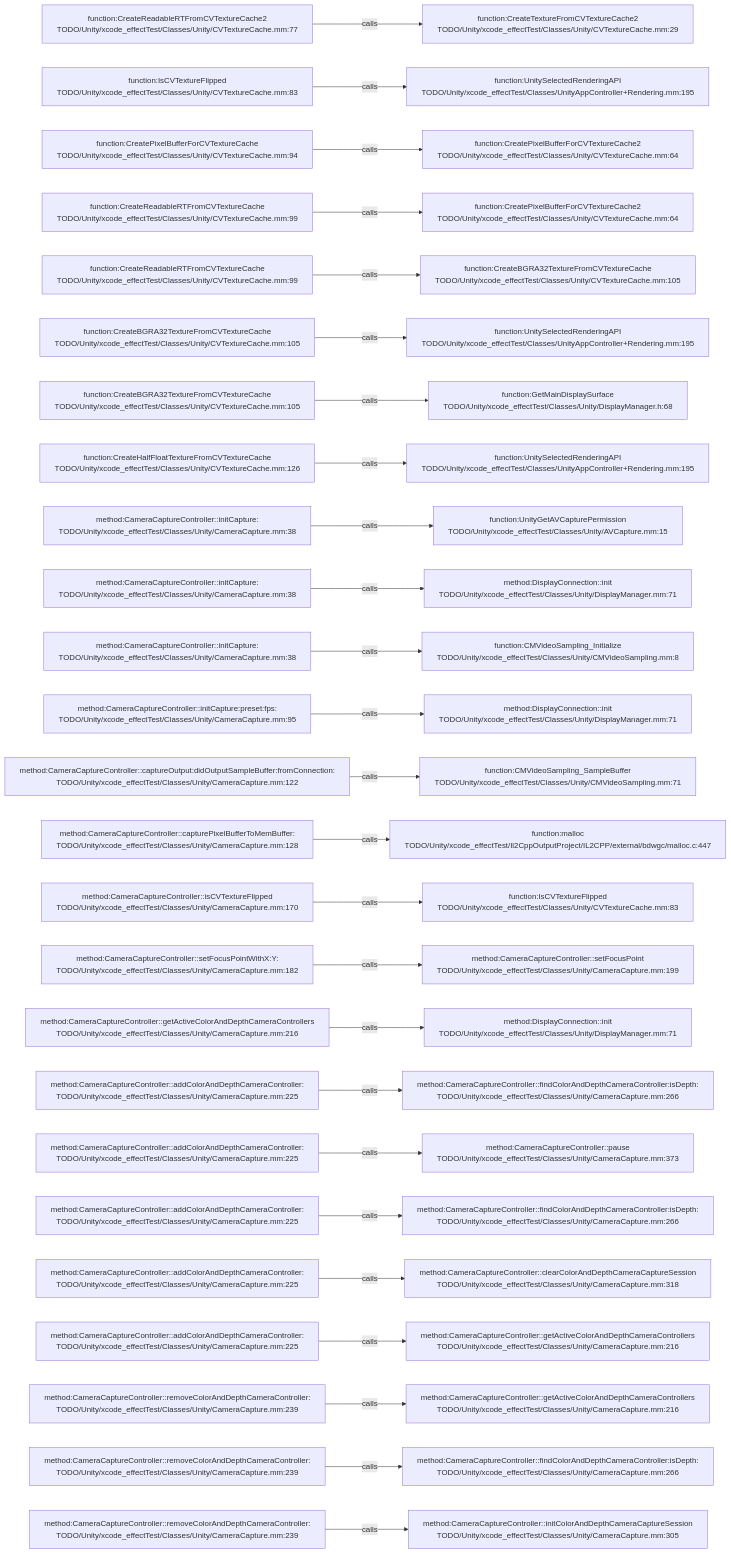
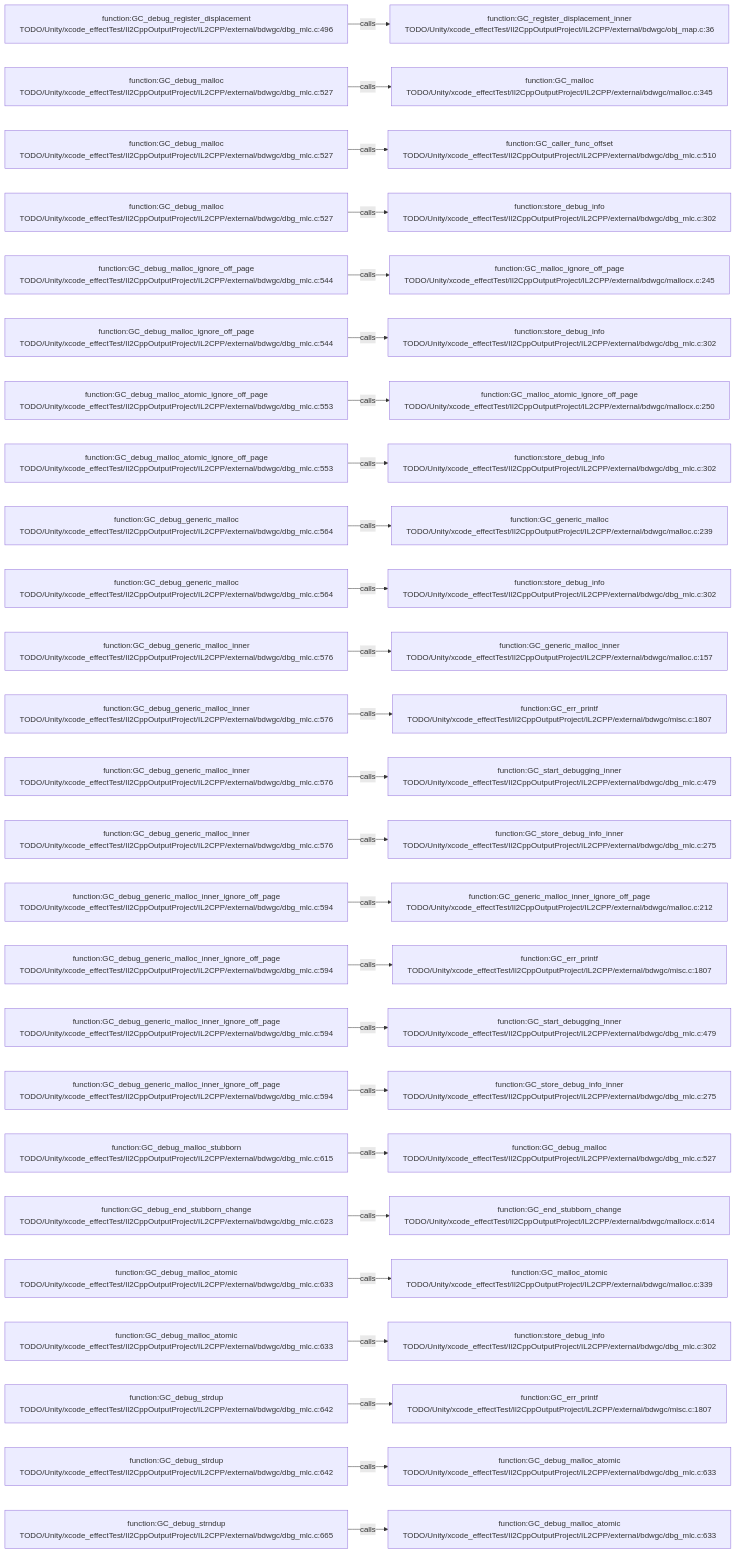
The diagram in .codegraph/codegraph.md/graphs/calls-100.md (JobsKits/JobsSwiftBaseConfigDemo), drawn with Mermaid before and after one commit. The commit also changed 227 other files, not shown here.

````diff
--- a/.codegraph/codegraph.md/graphs/calls-100.md
+++ b/.codegraph/codegraph.md/graphs/calls-100.md
@@ -13,78 +13,78 @@
 ```mermaid
 flowchart LR
-  S1["function:CreateReadableRTFromCVTextureCache2<br/>TODO/Unity/xcode_effectTest/Classes/Unity/CVTextureCache.mm:77"]
-  T1["function:CreateTextureFromCVTextureCache2<br/>TODO/Unity/xcode_effectTest/Classes/Unity/CVTextureCache.mm:29"]
+  S1["function:GC_debug_register_displacement<br/>TODO/Unity/xcode_effectTest/Il2CppOutputProject/IL2CPP/external/bdwgc/dbg_mlc.c:496"]
+  T1["function:GC_register_displacement_inner<br/>TODO/Unity/xcode_effectTest/Il2CppOutputProject/IL2CPP/external/bdwgc/obj_map.c:36"]
   S1 -->|calls| T1
-  S2["function:IsCVTextureFlipped<br/>TODO/Unity/xcode_effectTest/Classes/Unity/CVTextureCache.mm:83"]
-  T2["function:UnitySelectedRenderingAPI<br/>TODO/Unity/xcode_effectTest/Classes/UnityAppController+Rendering.mm:195"]
+  S2["function:GC_debug_malloc<br/>TODO/Unity/xcode_effectTest/Il2CppOutputProject/IL2CPP/external/bdwgc/dbg_mlc.c:527"]
+  T2["function:GC_malloc<br/>TODO/Unity/xcode_effectTest/Il2CppOutputProject/IL2CPP/external/bdwgc/malloc.c:345"]
   S2 -->|calls| T2
-  S3["function:CreatePixelBufferForCVTextureCache<br/>TODO/Unity/xcode_effectTest/Classes/Unity/CVTextureCache.mm:94"]
-  T3["function:CreatePixelBufferForCVTextureCache2<br/>TODO/Unity/xcode_effectTest/Classes/Unity/CVTextureCache.mm:64"]
+  S3["function:GC_debug_malloc<br/>TODO/Unity/xcode_effectTest/Il2CppOutputProject/IL2CPP/external/bdwgc/dbg_mlc.c:527"]
+  T3["function:GC_caller_func_offset<br/>TODO/Unity/xcode_effectTest/Il2CppOutputProject/IL2CPP/external/bdwgc/dbg_mlc.c:510"]
   S3 -->|calls| T3
-  S4["function:CreateReadableRTFromCVTextureCache<br/>TODO/Unity/xcode_effectTest/Classes/Unity/CVTextureCache.mm:99"]
-  T4["function:CreatePixelBufferForCVTextureCache2<br/>TODO/Unity/xcode_effectTest/Classes/Unity/CVTextureCache.mm:64"]
+  S4["function:GC_debug_malloc<br/>TODO/Unity/xcode_effectTest/Il2CppOutputProject/IL2CPP/external/bdwgc/dbg_mlc.c:527"]
+  T4["function:store_debug_info<br/>TODO/Unity/xcode_effectTest/Il2CppOutputProject/IL2CPP/external/bdwgc/dbg_mlc.c:302"]
   S4 -->|calls| T4
-  S5["function:CreateReadableRTFromCVTextureCache<br/>TODO/Unity/xcode_effectTest/Classes/Unity/CVTextureCache.mm:99"]
-  T5["function:CreateBGRA32TextureFromCVTextureCache<br/>TODO/Unity/xcode_effectTest/Classes/Unity/CVTextureCache.mm:105"]
+  S5["function:GC_debug_malloc_ignore_off_page<br/>TODO/Unity/xcode_effectTest/Il2CppOutputProject/IL2CPP/external/bdwgc/dbg_mlc.c:544"]
+  T5["function:GC_malloc_ignore_off_page<br/>TODO/Unity/xcode_effectTest/Il2CppOutputProject/IL2CPP/external/bdwgc/mallocx.c:245"]
   S5 -->|calls| T5
-  S6["function:CreateBGRA32TextureFromCVTextureCache<br/>TODO/Unity/xcode_effectTest/Classes/Unity/CVTextureCache.mm:105"]
-  T6["function:UnitySelectedRenderingAPI<br/>TODO/Unity/xcode_effectTest/Classes/UnityAppController+Rendering.mm:195"]
+  S6["function:GC_debug_malloc_ignore_off_page<br/>TODO/Unity/xcode_effectTest/Il2CppOutputProject/IL2CPP/external/bdwgc/dbg_mlc.c:544"]
+  T6["function:store_debug_info<br/>TODO/Unity/xcode_effectTest/Il2CppOutputProject/IL2CPP/external/bdwgc/dbg_mlc.c:302"]
   S6 -->|calls| T6
-  S7["function:CreateBGRA32TextureFromCVTextureCache<br/>TODO/Unity/xcode_effectTest/Classes/Unity/CVTextureCache.mm:105"]
-  T7["function:GetMainDisplaySurface<br/>TODO/Unity/xcode_effectTest/Classes/Unity/DisplayManager.h:68"]
+  S7["function:GC_debug_malloc_atomic_ignore_off_page<br/>TODO/Unity/xcode_effectTest/Il2CppOutputProject/IL2CPP/external/bdwgc/dbg_mlc.c:553"]
+  T7["function:GC_malloc_atomic_ignore_off_page<br/>TODO/Unity/xcode_effectTest/Il2CppOutputProject/IL2CPP/external/bdwgc/mallocx.c:250"]
   S7 -->|calls| T7
-  S8["function:CreateHalfFloatTextureFromCVTextureCache<br/>TODO/Unity/xcode_effectTest/Classes/Unity/CVTextureCache.mm:126"]
-  T8["function:UnitySelectedRenderingAPI<br/>TODO/Unity/xcode_effectTest/Classes/UnityAppController+Rendering.mm:195"]
+  S8["function:GC_debug_malloc_atomic_ignore_off_page<br/>TODO/Unity/xcode_effectTest/Il2CppOutputProject/IL2CPP/external/bdwgc/dbg_mlc.c:553"]
+  T8["function:store_debug_info<br/>TODO/Unity/xcode_effectTest/Il2CppOutputProject/IL2CPP/external/bdwgc/dbg_mlc.c:302"]
   S8 -->|calls| T8
-  S9["method:CameraCaptureController::initCapture:<br/>TODO/Unity/xcode_effectTest/Classes/Unity/CameraCapture.mm:38"]
-  T9["function:UnityGetAVCapturePermission<br/>TODO/Unity/xcode_effectTest/Classes/Unity/AVCapture.mm:15"]
+  S9["function:GC_debug_generic_malloc<br/>TODO/Unity/xcode_effectTest/Il2CppOutputProject/IL2CPP/external/bdwgc/dbg_mlc.c:564"]
+  T9["function:GC_generic_malloc<br/>TODO/Unity/xcode_effectTest/Il2CppOutputProject/IL2CPP/external/bdwgc/malloc.c:239"]
   S9 -->|calls| T9
-  S10["method:CameraCaptureController::initCapture:<br/>TODO/Unity/xcode_effectTest/Classes/Unity/CameraCapture.mm:38"]
-  T10["method:DisplayConnection::init<br/>TODO/Unity/xcode_effectTest/Classes/Unity/DisplayManager.mm:71"]
+  S10["function:GC_debug_generic_malloc<br/>TODO/Unity/xcode_effectTest/Il2CppOutputProject/IL2CPP/external/bdwgc/dbg_mlc.c:564"]
+  T10["function:store_debug_info<br/>TODO/Unity/xcode_effectTest/Il2CppOutputProject/IL2CPP/external/bdwgc/dbg_mlc.c:302"]
   S10 -->|calls| T10
-  S11["method:CameraCaptureController::initCapture:<br/>TODO/Unity/xcode_effectTest/Classes/Unity/CameraCapture.mm:38"]
-  T11["function:CMVideoSampling_Initialize<br/>TODO/Unity/xcode_effectTest/Classes/Unity/CMVideoSampling.mm:8"]
+  S11["function:GC_debug_generic_malloc_inner<br/>TODO/Unity/xcode_effectTest/Il2CppOutputProject/IL2CPP/external/bdwgc/dbg_mlc.c:576"]
+  T11["function:GC_generic_malloc_inner<br/>TODO/Unity/xcode_effectTest/Il2CppOutputProject/IL2CPP/external/bdwgc/malloc.c:157"]
   S11 -->|calls| T11
-  S12["method:CameraCaptureController::initCapture:preset:fps:<br/>TODO/Unity/xcode_effectTest/Classes/Unity/CameraCapture.mm:95"]
-  T12["method:DisplayConnection::init<br/>TODO/Unity/xcode_effectTest/Classes/Unity/DisplayManager.mm:71"]
+  S12["function:GC_debug_generic_malloc_inner<br/>TODO/Unity/xcode_effectTest/Il2CppOutputProject/IL2CPP/external/bdwgc/dbg_mlc.c:576"]
+  T12["function:GC_err_printf<br/>TODO/Unity/xcode_effectTest/Il2CppOutputProject/IL2CPP/external/bdwgc/misc.c:1807"]
   S12 -->|calls| T12
-  S13["method:CameraCaptureController::captureOutput:didOutputSampleBuffer:fromConnection:<br/>TODO/Unity/xcode_effectTest/Classes/Unity/CameraCapture.mm:122"]
-  T13["function:CMVideoSampling_SampleBuffer<br/>TODO/Unity/xcode_effectTest/Classes/Unity/CMVideoSampling.mm:71"]
+  S13["function:GC_debug_generic_malloc_inner<br/>TODO/Unity/xcode_effectTest/Il2CppOutputProject/IL2CPP/external/bdwgc/dbg_mlc.c:576"]
+  T13["function:GC_start_debugging_inner<br/>TODO/Unity/xcode_effectTest/Il2CppOutputProject/IL2CPP/external/bdwgc/dbg_mlc.c:479"]
   S13 -->|calls| T13
-  S14["method:CameraCaptureController::capturePixelBufferToMemBuffer:<br/>TODO/Unity/xcode_effectTest/Classes/Unity/CameraCapture.mm:128"]
-  T14["function:malloc<br/>TODO/Unity/xcode_effectTest/Il2CppOutputProject/IL2CPP/external/bdwgc/malloc.c:447"]
+  S14["function:GC_debug_generic_malloc_inner<br/>TODO/Unity/xcode_effectTest/Il2CppOutputProject/IL2CPP/external/bdwgc/dbg_mlc.c:576"]
+  T14["function:GC_store_debug_info_inner<br/>TODO/Unity/xcode_effectTest/Il2CppOutputProject/IL2CPP/external/bdwgc/dbg_mlc.c:275"]
   S14 -->|calls| T14
-  S15["method:CameraCaptureController::isCVTextureFlipped<br/>TODO/Unity/xcode_effectTest/Classes/Unity/CameraCapture.mm:170"]
-  T15["function:IsCVTextureFlipped<br/>TODO/Unity/xcode_effectTest/Classes/Unity/CVTextureCache.mm:83"]
+  S15["function:GC_debug_generic_malloc_inner_ignore_off_page<br/>TODO/Unity/xcode_effectTest/Il2CppOutputProject/IL2CPP/external/bdwgc/dbg_mlc.c:594"]
+  T15["function:GC_generic_malloc_inner_ignore_off_page<br/>TODO/Unity/xcode_effectTest/Il2CppOutputProject/IL2CPP/external/bdwgc/malloc.c:212"]
   S15 -->|calls| T15
-  S16["method:CameraCaptureController::setFocusPointWithX:Y:<br/>TODO/Unity/xcode_effectTest/Classes/Unity/CameraCapture.mm:182"]
-  T16["method:CameraCaptureController::setFocusPoint<br/>TODO/Unity/xcode_effectTest/Classes/Unity/CameraCapture.mm:199"]
+  S16["function:GC_debug_generic_malloc_inner_ignore_off_page<br/>TODO/Unity/xcode_effectTest/Il2CppOutputProject/IL2CPP/external/bdwgc/dbg_mlc.c:594"]
+  T16["function:GC_err_printf<br/>TODO/Unity/xcode_effectTest/Il2CppOutputProject/IL2CPP/external/bdwgc/misc.c:1807"]
   S16 -->|calls| T16
-  S17["method:CameraCaptureController::getActiveColorAndDepthCameraControllers<br/>TODO/Unity/xcode_effectTest/Classes/Unity/CameraCapture.mm:216"]
-  T17["method:DisplayConnection::init<br/>TODO/Unity/xcode_effectTest/Classes/Unity/DisplayManager.mm:71"]
+  S17["function:GC_debug_generic_malloc_inner_ignore_off_page<br/>TODO/Unity/xcode_effectTest/Il2CppOutputProject/IL2CPP/external/bdwgc/dbg_mlc.c:594"]
+  T17["function:GC_start_debugging_inner<br/>TODO/Unity/xcode_effectTest/Il2CppOutputProject/IL2CPP/external/bdwgc/dbg_mlc.c:479"]
   S17 -->|calls| T17
-  S18["method:CameraCaptureController::addColorAndDepthCameraController:<br/>TODO/Unity/xcode_effectTest/Classes/Unity/CameraCapture.mm:225"]
-  T18["method:CameraCaptureController::findColorAndDepthCameraController:isDepth:<br/>TODO/Unity/xcode_effectTest/Classes/Unity/CameraCapture.mm:266"]
+  S18["function:GC_debug_generic_malloc_inner_ignore_off_page<br/>TODO/Unity/xcode_effectTest/Il2CppOutputProject/IL2CPP/external/bdwgc/dbg_mlc.c:594"]
+  T18["function:GC_store_debug_info_inner<br/>TODO/Unity/xcode_effectTest/Il2CppOutputProject/IL2CPP/external/bdwgc/dbg_mlc.c:275"]
   S18 -->|calls| T18
-  S19["method:CameraCaptureController::addColorAndDepthCameraController:<br/>TODO/Unity/xcode_effectTest/Classes/Unity/CameraCapture.mm:225"]
-  T19["method:CameraCaptureController::pause<br/>TODO/Unity/xcode_effectTest/Classes/Unity/CameraCapture.mm:373"]
+  S19["function:GC_debug_malloc_stubborn<br/>TODO/Unity/xcode_effectTest/Il2CppOutputProject/IL2CPP/external/bdwgc/dbg_mlc.c:615"]
+  T19["function:GC_debug_malloc<br/>TODO/Unity/xcode_effectTest/Il2CppOutputProject/IL2CPP/external/bdwgc/dbg_mlc.c:527"]
   S19 -->|calls| T19
-  S20["method:CameraCaptureController::addColorAndDepthCameraController:<br/>TODO/Unity/xcode_effectTest/Classes/Unity/CameraCapture.mm:225"]
-  T20["method:CameraCaptureController::findColorAndDepthCameraController:isDepth:<br/>TODO/Unity/xcode_effectTest/Classes/Unity/CameraCapture.mm:266"]
+  S20["function:GC_debug_end_stubborn_change<br/>TODO/Unity/xcode_effectTest/Il2CppOutputProject/IL2CPP/external/bdwgc/dbg_mlc.c:623"]
+  T20["function:GC_end_stubborn_change<br/>TODO/Unity/xcode_effectTest/Il2CppOutputProject/IL2CPP/external/bdwgc/mallocx.c:614"]
   S20 -->|calls| T20
-  S21["method:CameraCaptureController::addColorAndDepthCameraController:<br/>TODO/Unity/xcode_effectTest/Classes/Unity/CameraCapture.mm:225"]
-  T21["method:CameraCaptureController::clearColorAndDepthCameraCaptureSession<br/>TODO/Unity/xcode_effectTest/Classes/Unity/CameraCapture.mm:318"]
+  S21["function:GC_debug_malloc_atomic<br/>TODO/Unity/xcode_effectTest/Il2CppOutputProject/IL2CPP/external/bdwgc/dbg_mlc.c:633"]
+  T21["function:GC_malloc_atomic<br/>TODO/Unity/xcode_effectTest/Il2CppOutputProject/IL2CPP/external/bdwgc/malloc.c:339"]
   S21 -->|calls| T21
-  S22["method:CameraCaptureController::addColorAndDepthCameraController:<br/>TODO/Unity/xcode_effectTest/Classes/Unity/CameraCapture.mm:225"]
-  T22["method:CameraCaptureController::getActiveColorAndDepthCameraControllers<br/>TODO/Unity/xcode_effectTest/Classes/Unity/CameraCapture.mm:216"]
+  S22["function:GC_debug_malloc_atomic<br/>TODO/Unity/xcode_effectTest/Il2CppOutputProject/IL2CPP/external/bdwgc/dbg_mlc.c:633"]
+  T22["function:store_debug_info<br/>TODO/Unity/xcode_effectTest/Il2CppOutputProject/IL2CPP/external/bdwgc/dbg_mlc.c:302"]
   S22 -->|calls| T22
-  S23["method:CameraCaptureController::removeColorAndDepthCameraController:<br/>TODO/Unity/xcode_effectTest/Classes/Unity/CameraCapture.mm:239"]
-  T23["method:CameraCaptureController::getActiveColorAndDepthCameraControllers<br/>TODO/Unity/xcode_effectTest/Classes/Unity/CameraCapture.mm:216"]
+  S23["function:GC_debug_strdup<br/>TODO/Unity/xcode_effectTest/Il2CppOutputProject/IL2CPP/external/bdwgc/dbg_mlc.c:642"]
+  T23["function:GC_err_printf<br/>TODO/Unity/xcode_effectTest/Il2CppOutputProject/IL2CPP/external/bdwgc/misc.c:1807"]
   S23 -->|calls| T23
-  S24["method:CameraCaptureController::removeColorAndDepthCameraController:<br/>TODO/Unity/xcode_effectTest/Classes/Unity/CameraCapture.mm:239"]
-  T24["method:CameraCaptureController::findColorAndDepthCameraController:isDepth:<br/>TODO/Unity/xcode_effectTest/Classes/Unity/CameraCapture.mm:266"]
+  S24["function:GC_debug_strdup<br/>TODO/Unity/xcode_effectTest/Il2CppOutputProject/IL2CPP/external/bdwgc/dbg_mlc.c:642"]
+  T24["function:GC_debug_malloc_atomic<br/>TODO/Unity/xcode_effectTest/Il2CppOutputProject/IL2CPP/external/bdwgc/dbg_mlc.c:633"]
   S24 -->|calls| T24
-  S25["method:CameraCaptureController::removeColorAndDepthCameraController:<br/>TODO/Unity/xcode_effectTest/Classes/Unity/CameraCapture.mm:239"]
-  T25["method:CameraCaptureController::initColorAndDepthCameraCaptureSession<br/>TODO/Unity/xcode_effectTest/Classes/Unity/CameraCapture.mm:305"]
+  S25["function:GC_debug_strndup<br/>TODO/Unity/xcode_effectTest/Il2CppOutputProject/IL2CPP/external/bdwgc/dbg_mlc.c:665"]
+  T25["function:GC_debug_malloc_atomic<br/>TODO/Unity/xcode_effectTest/Il2CppOutputProject/IL2CPP/external/bdwgc/dbg_mlc.c:633"]
   S25 -->|calls| T25
 ```
````
